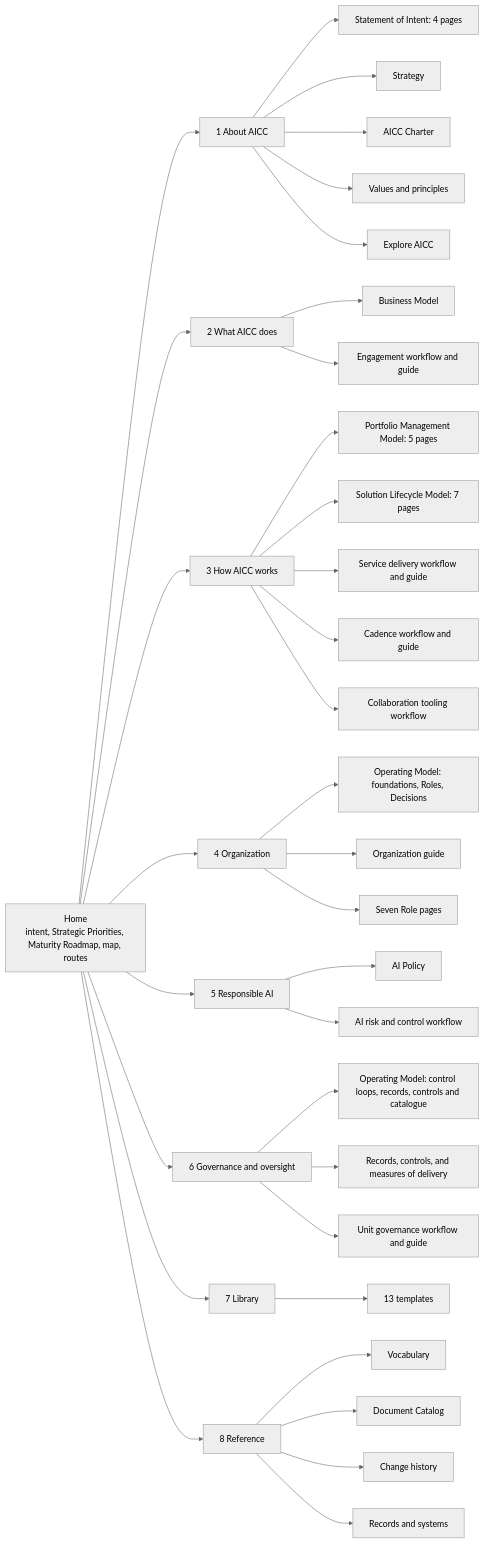
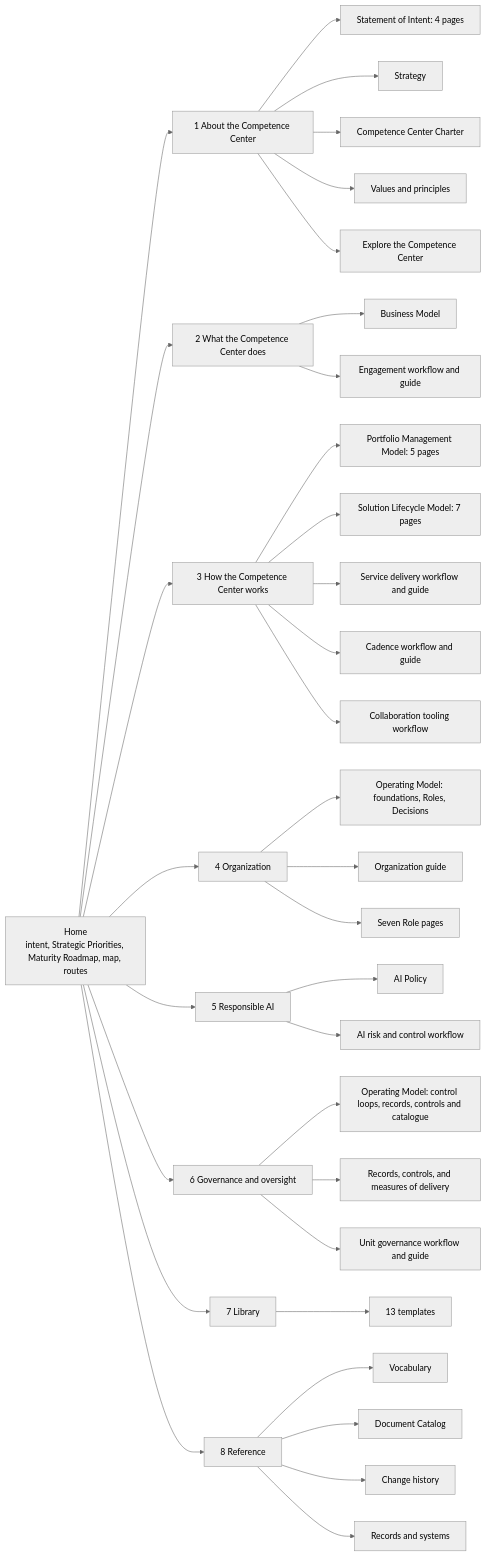
The first of 2 diagrams in portal/sections/center/site-structure.md (devhogu/ob-aicc), drawn with Mermaid (neutral theme) before and after one commit. The commit also changed other lines of this file and 1149 other files, not shown here.

First line of the commit message:
The name Competence Center: AICC stays only as a code (DR-2026-066)

````diff
--- a/portal/sections/center/site-structure.md
+++ b/portal/sections/center/site-structure.md
@@ -29,45 +29,45 @@
 ```mermaid
 flowchart LR
   H["Home<br/>intent, Strategic Priorities, Maturity Roadmap, map, routes"]
-  A["1 About AICC"]
-  W["2 What AICC does"]
-  M["3 How AICC works"]
+  A["1 About the Competence Center"]
+  W["2 What the Competence Center does"]
+  M["3 How the Competence Center works"]
   O["4 Organization"]
   R["5 Responsible AI"]
   G["6 Governance and oversight"]
   L["7 Library"]
   X["8 Reference"]
   H --> A
   H --> W
   H --> M
   H --> O
   H --> R
   H --> G
   H --> L
   H --> X
   A --> A1["Statement of Intent: 4 pages"]
   A --> A2["Strategy"]
-  A --> A2b["AICC Charter"]
+  A --> A2b["Competence Center Charter"]
   A --> A3["Values and principles"]
-  A --> A4["Explore AICC"]
+  A --> A4["Explore the Competence Center"]
   W --> W1["Business Model"]
   W --> W2["Engagement workflow and guide"]
   M --> M1["Portfolio Management Model: 5 pages"]
   M --> M2["Solution Lifecycle Model: 7 pages"]
   M --> M3["Service delivery workflow and guide"]
   M --> M4["Cadence workflow and guide"]
   M --> M5["Collaboration tooling workflow"]
   O --> O1["Operating Model: foundations, Roles, Decisions"]
   O --> O2["Organization guide"]
   O --> O3["Seven Role pages"]
   R --> R1["AI Policy"]
   R --> R2["AI risk and control workflow"]
   G --> G1["Operating Model: control loops, records, controls and catalogue"]
   G --> G2["Records, controls, and measures of delivery"]
   G --> G3["Unit governance workflow and guide"]
   L --> L1["13 templates"]
   X --> X1["Vocabulary"]
   X --> X2["Document Catalog"]
   X --> X3["Change history"]
   X --> X4["Records and systems"]
 ```
````
